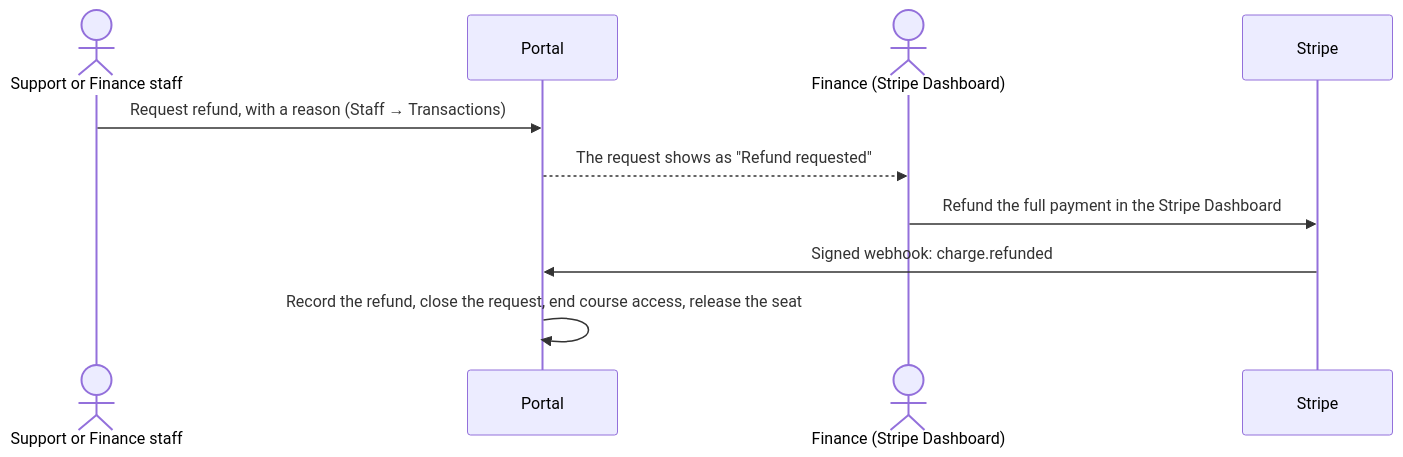
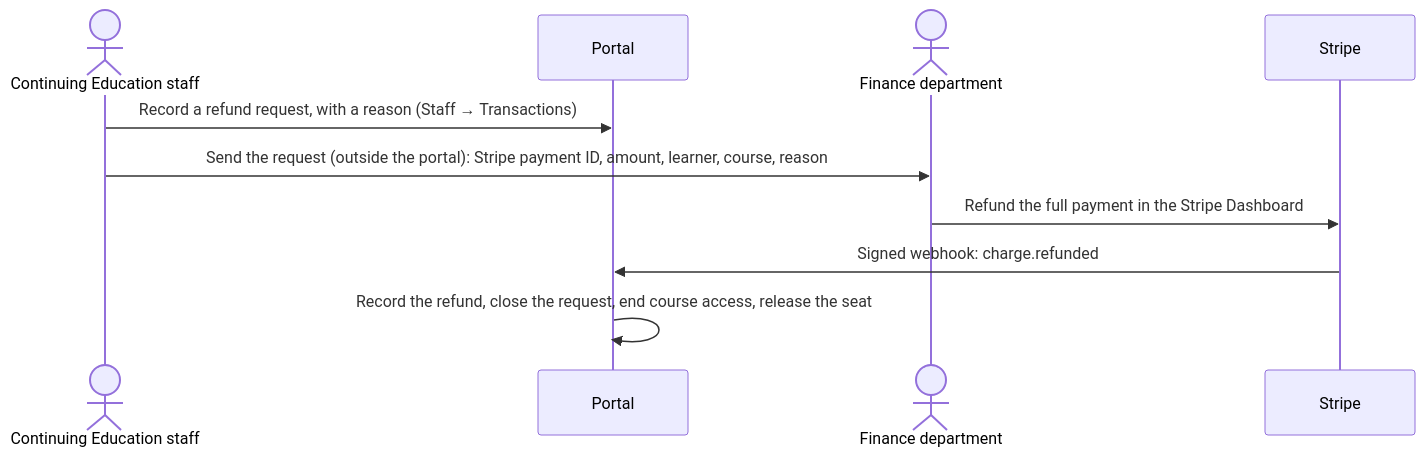
The second of 2 diagrams in docs/finance/stripe-integration.md (dr-grizz/Continuing-Education), drawn with Mermaid before and after one commit. The commit also changed other lines of this file and 3 other files, not shown here.

First line of the commit message:
feat: refund handoff to an external Finance department

````diff
--- a/docs/finance/stripe-integration.md
+++ b/docs/finance/stripe-integration.md
@@ -33,12 +33,12 @@
 ```mermaid
 sequenceDiagram
-    actor Staff as Support or Finance staff
+    actor CE as Continuing Education staff
     participant Portal
-    actor Finance as Finance (Stripe Dashboard)
+    actor Finance as Finance department
     participant Stripe
-    Staff->>Portal: Request refund, with a reason (Staff → Transactions)
-    Portal-->>Finance: The request shows as "Refund requested"
+    CE->>Portal: Record a refund request, with a reason (Staff → Transactions)
+    CE->>Finance: Send the request (outside the portal): Stripe payment ID, amount, learner, course, reason
     Finance->>Stripe: Refund the full payment in the Stripe Dashboard
     Stripe->>Portal: Signed webhook: charge.refunded
     Portal->>Portal: Record the refund, close the request, end course access, release the seat
 ```
````
